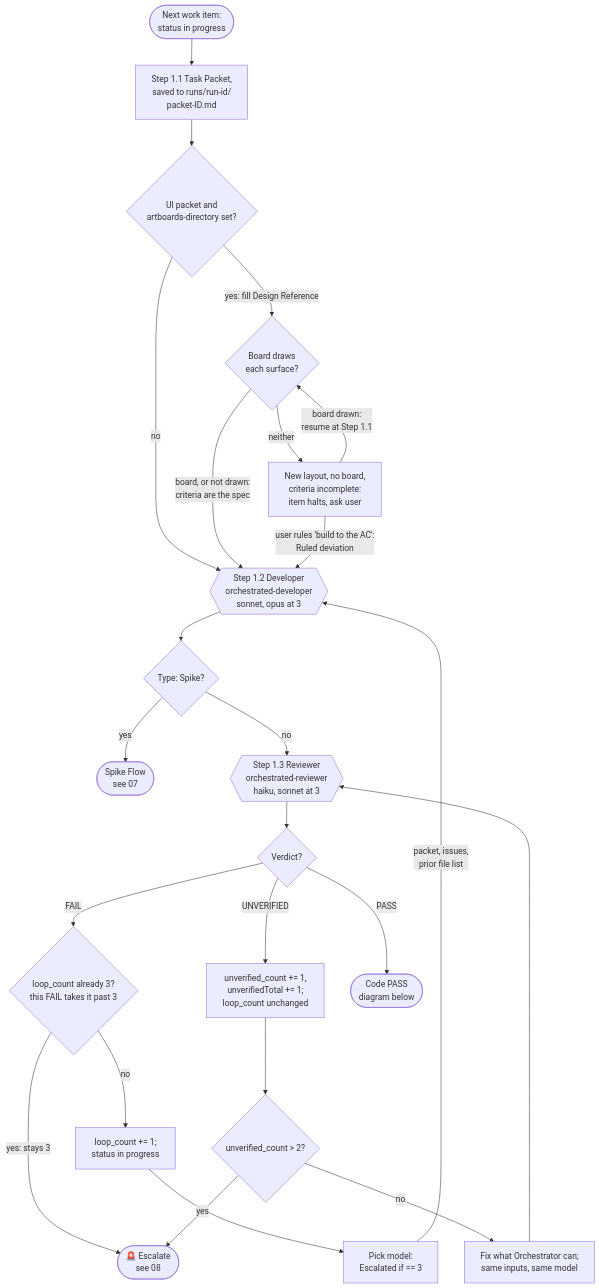
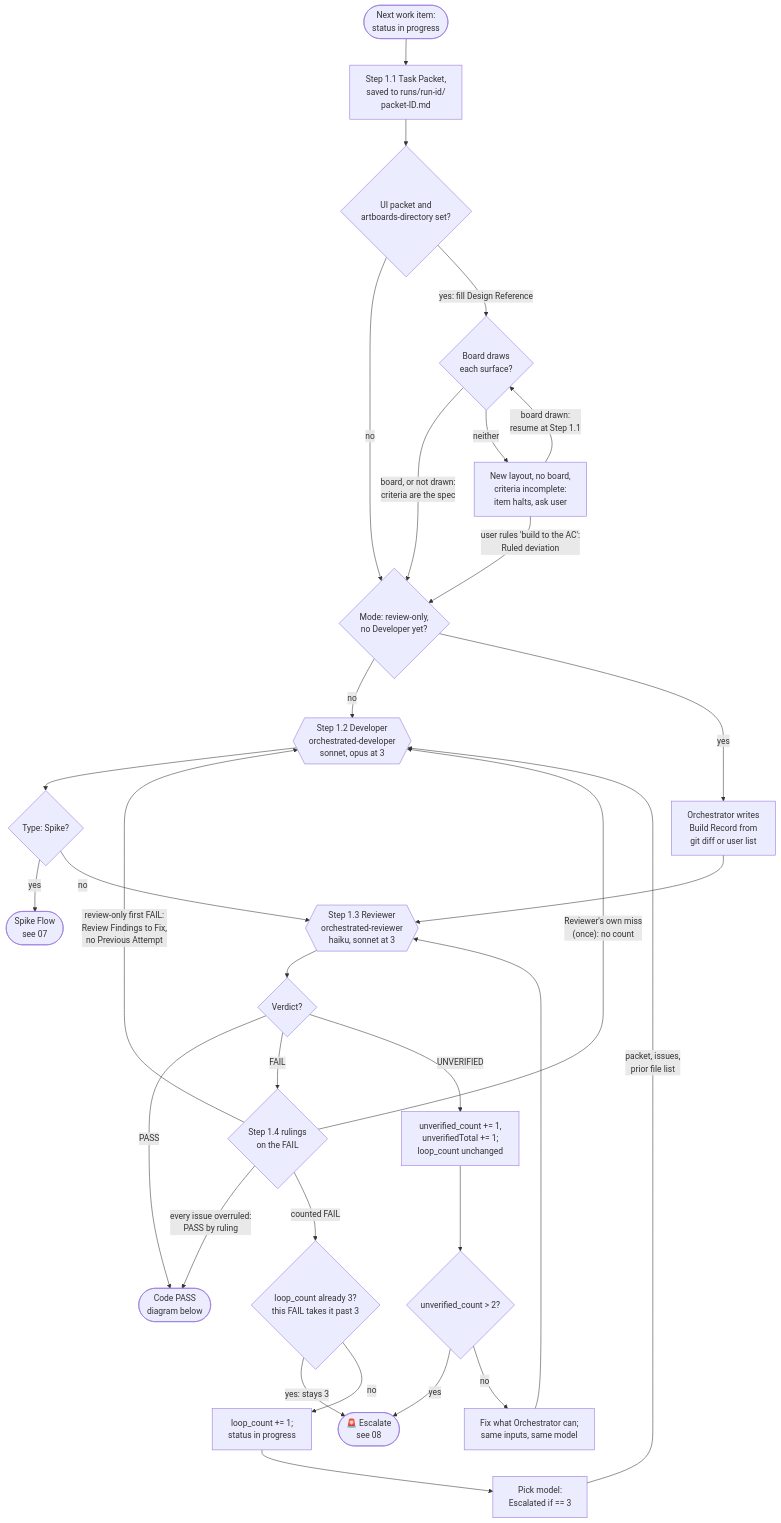
One commit to muhammedalikhan86/claude-stash changed the first of 3 diagrams in skills/orchestrator-development-pattern/mermaid/03-phase1-work-item-loop.md. Above: the diagram before and after it, drawn with Mermaid. The commit also changed other lines of this file and 32 other files, not shown here.

````diff
--- a/skills/orchestrator-development-pattern/mermaid/03-phase1-work-item-loop.md
+++ b/skills/orchestrator-development-pattern/mermaid/03-phase1-work-item-loop.md
@@ -9,41 +9,50 @@
 ```mermaid
 flowchart TD
     Start(["Next work item:<br/>status in progress"])
     Packet["Step 1.1 Task Packet,<br/>saved to runs/run-id/<br/>packet-ID.md"]
     UI{"UI packet and<br/>artboards-directory set?"}
     Ref{"Board draws<br/>each surface?"}
     Halt["New layout, no board,<br/>criteria incomplete:<br/>item halts, ask user"]
+    RO{"Mode: review-only,<br/>no Developer yet?"}
+    BR["Orchestrator writes<br/>Build Record from<br/>git diff or user list"]
     Dev{{"Step 1.2 Developer<br/>orchestrated-developer<br/>sonnet, opus at 3"}}
     IsSpike{"Type: Spike?"}
     ToSpike(["Spike Flow<br/>see 07"])
     Rev{{"Step 1.3 Reviewer<br/>orchestrated-reviewer<br/>haiku, sonnet at 3"}}
     V{"Verdict?"}
+    Rule{"Step 1.4 rulings<br/>on the FAIL"}
     LC["loop_count += 1;<br/>status in progress"]
     Max{"loop_count already 3?<br/>this FAIL takes it past 3"}
     Model["Pick model:<br/>Escalated if == 3"]
     UV["unverified_count += 1,<br/>unverifiedTotal += 1;<br/>loop_count unchanged"]
     UVMax{"unverified_count > 2?"}
     Fix["Fix what Orchestrator can;<br/>same inputs, same model"]
     Esc(["🚨 Escalate<br/>see 08"])
     Pass(["Code PASS<br/>diagram below"])
 
     Start --> Packet --> UI
-    UI -->|no| Dev
+    UI -->|no| RO
     UI -->|"yes: fill Design Reference"| Ref
-    Ref -->|"board, or not drawn:<br/>criteria are the spec"| Dev
+    Ref -->|"board, or not drawn:<br/>criteria are the spec"| RO
     Ref -->|"neither"| Halt
     Halt -->|"board drawn:<br/>resume at Step 1.1"| Ref
-    Halt -->|"user rules 'build to the AC':<br/>Ruled deviation"| Dev
+    Halt -->|"user rules 'build to the AC':<br/>Ruled deviation"| RO
+    RO -->|no| Dev
+    RO -->|yes| BR --> Rev
     Dev --> IsSpike
     IsSpike -->|yes| ToSpike
     IsSpike -->|no| Rev
     Rev --> V
     V -->|PASS| Pass
-    V -->|FAIL| Max
+    V -->|FAIL| Rule
+    Rule -->|"every issue overruled:<br/>PASS by ruling"| Pass
+    Rule -->|"review-only first FAIL:<br/>Review Findings to Fix,<br/>no Previous Attempt"| Dev
+    Rule -->|"Reviewer's own miss<br/>(once): no count"| Dev
+    Rule -->|"counted FAIL"| Max
     V -->|UNVERIFIED| UV --> UVMax
     Max -->|"yes: stays 3"| Esc
     Max -->|no| LC --> Model
     Model -->|"packet, issues,<br/>prior file list"| Dev
     UVMax -->|yes| Esc
     UVMax -->|no| Fix --> Rev
 ```
````
